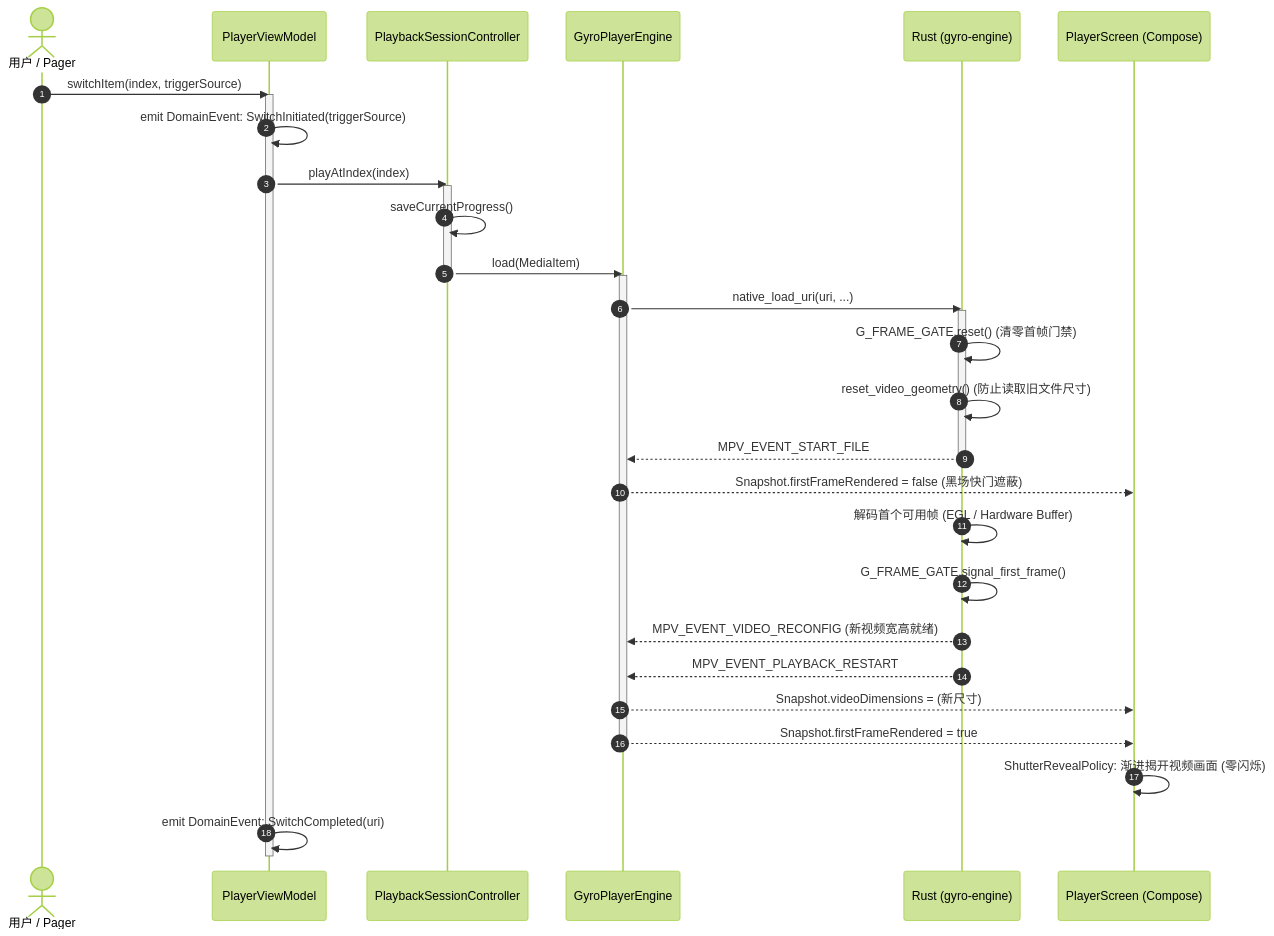
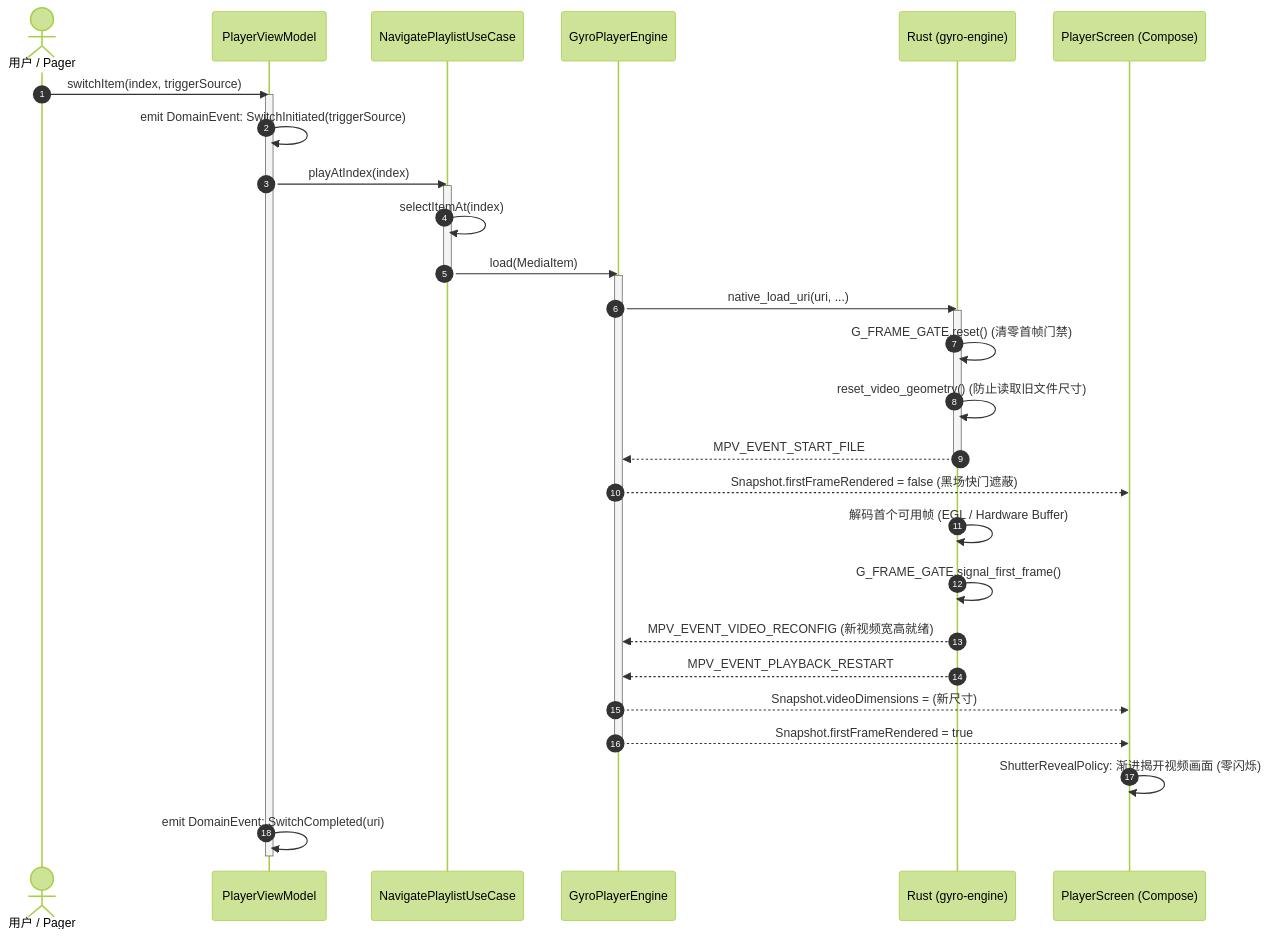
The first of 3 diagrams in docs/player_vm_domain_design.md (infinitezerone/Gyro), drawn with Mermaid (forest theme) before and after one commit. The commit also changed 98 other files, not shown here.

````diff
--- a/docs/player_vm_domain_design.md
+++ b/docs/player_vm_domain_design.md
@@ -29,42 +29,42 @@
 ```mermaid
 sequenceDiagram
     autonumber
     actor User as 用户 / Pager
     participant VM as PlayerViewModel
-    participant Session as PlaybackSessionController
+    participant Domain as NavigatePlaylistUseCase
     participant Engine as GyroPlayerEngine
     participant Native as Rust (gyro-engine)
     participant UI as PlayerScreen (Compose)
 
     User->>VM: switchItem(index, triggerSource)
     activate VM
     VM->>VM: emit DomainEvent: SwitchInitiated(triggerSource)
-    VM->>Session: playAtIndex(index)
-    activate Session
-    Session->>Session: saveCurrentProgress()
-    Session->>Engine: load(MediaItem)
-    deactivate Session
+    VM->>Domain: playAtIndex(index)
+    activate Domain
+    Domain->>Domain: selectItemAt(index)
+    Domain->>Engine: load(MediaItem)
+    deactivate Domain
     
     activate Engine
     Engine->>Native: native_load_uri(uri, ...)
     activate Native
     Native->>Native: G_FRAME_GATE.reset() (清零首帧门禁)
     Native->>Native: reset_video_geometry() (防止读取旧文件尺寸)
     Native-->>Engine: MPV_EVENT_START_FILE
     deactivate Native
     
     Engine-->>UI: Snapshot.firstFrameRendered = false (黑场快门遮蔽)
     
     Native->>Native: 解码首个可用帧 (EGL / Hardware Buffer)
     Native->>Native: G_FRAME_GATE.signal_first_frame()
     Native-->>Engine: MPV_EVENT_VIDEO_RECONFIG (新视频宽高就绪)
     Native-->>Engine: MPV_EVENT_PLAYBACK_RESTART
     
     Engine-->>UI: Snapshot.videoDimensions = (新尺寸)
     Engine-->>UI: Snapshot.firstFrameRendered = true
     deactivate Engine
     
     UI->>UI: ShutterRevealPolicy: 渐进揭开视频画面 (零闪烁)
     VM->>VM: emit DomainEvent: SwitchCompleted(uri)
     deactivate VM
 ```
````
